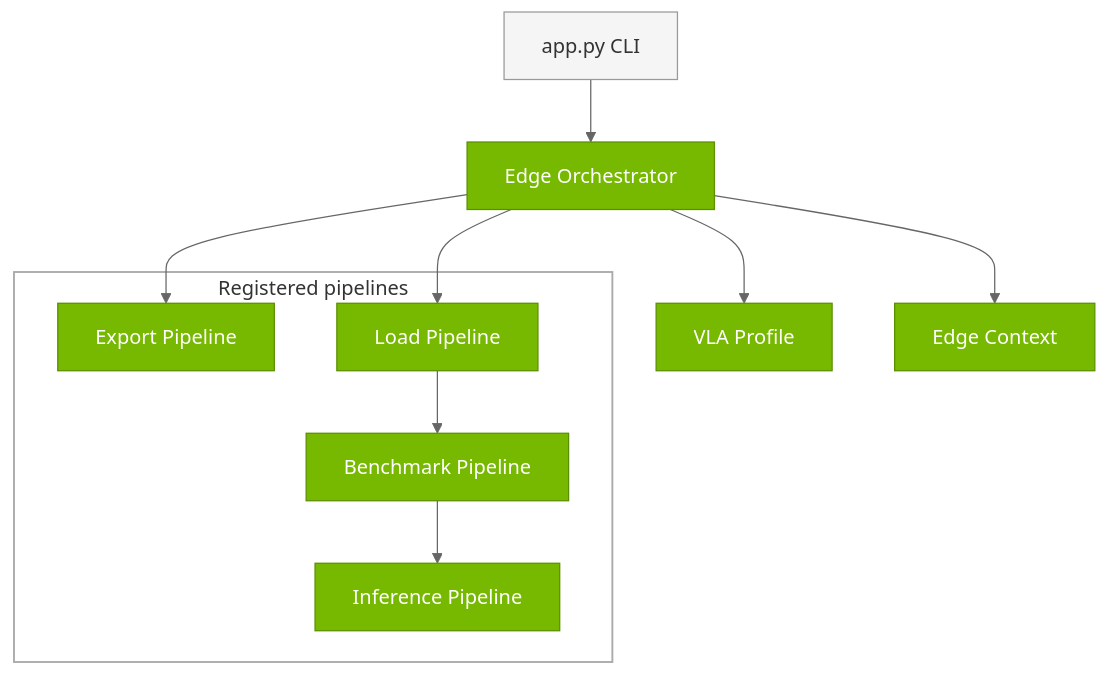
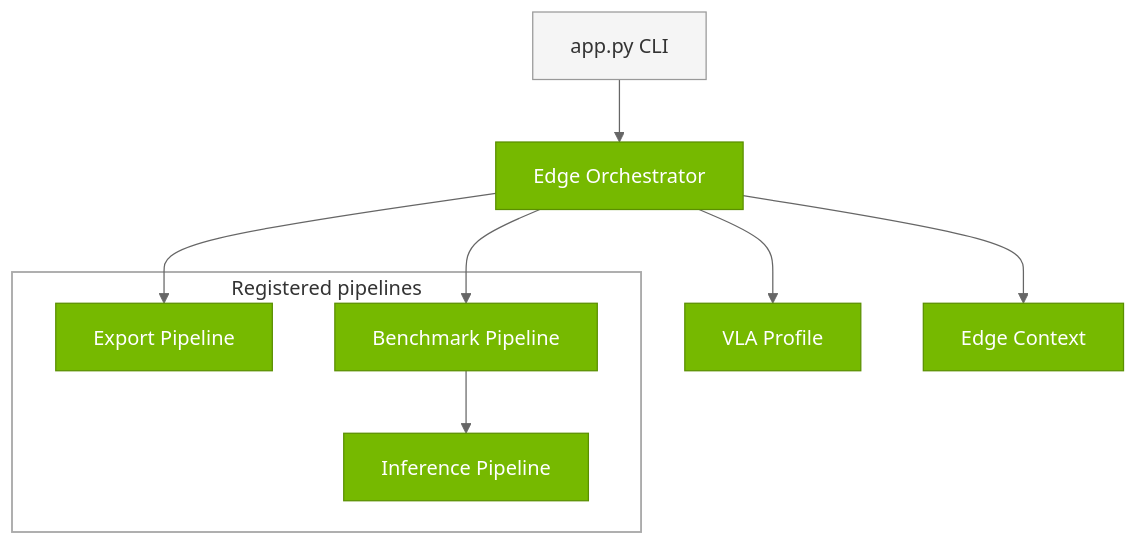
The first of 2 diagrams in docs/source/developer_guide/architecture/overview.rst (micwill755/TRT-VLA-Lowering), drawn with Mermaid before and after one commit. The commit also changed other lines of this file and 98 other files, not shown here.

```diff
--- a/docs/source/developer_guide/architecture/overview.rst
+++ b/docs/source/developer_guide/architecture/overview.rst
@@ -9,32 +9,30 @@
 .. mermaid::
 
    %%{init: {'theme':'neutral', 'themeVariables': {'primaryColor':'#76B900','primaryTextColor':'#fff','primaryBorderColor':'#5a8f00','lineColor':'#666','edgeLabelBackground':'#ffffff','labelTextColor':'#000','clusterBkg':'#ffffff','clusterBorder':'#999'}}}%%
    graph TB
        CLIENT[app.py CLI]
        ORCH[Edge Orchestrator]
        PROFILE[VLA Profile]
        CTX[Edge Context]
 
        subgraph PIPELINES ["Registered pipelines"]
            EXPORT[Export Pipeline]
-           LOAD[Load Pipeline]
            BENCH[Benchmark Pipeline]
            INFER[Inference Pipeline]
        end
 
        CLIENT --> ORCH
        ORCH --> PROFILE
        ORCH --> CTX
        ORCH --> EXPORT
-       ORCH --> LOAD
-       LOAD --> BENCH
+       ORCH --> BENCH
        BENCH --> INFER
 
        classDef nvNode fill:#76B900,stroke:#5a8f00,stroke-width:1px,color:#fff
        classDef greyNode fill:#f5f5f5,stroke:#999,stroke-width:1px,color:#333
        classDef inputNode fill:#f5f5f5,stroke:#999,stroke-width:1px,color:#333
        classDef lightSubGraph fill:none,stroke:#aaa,stroke-width:1.5px
 
        class CLIENT inputNode
-       class ORCH,PROFILE,CTX,EXPORT,LOAD,BENCH,INFER nvNode
+       class ORCH,PROFILE,CTX,EXPORT,BENCH,INFER nvNode
        class PIPELINES lightSubGraph
```
